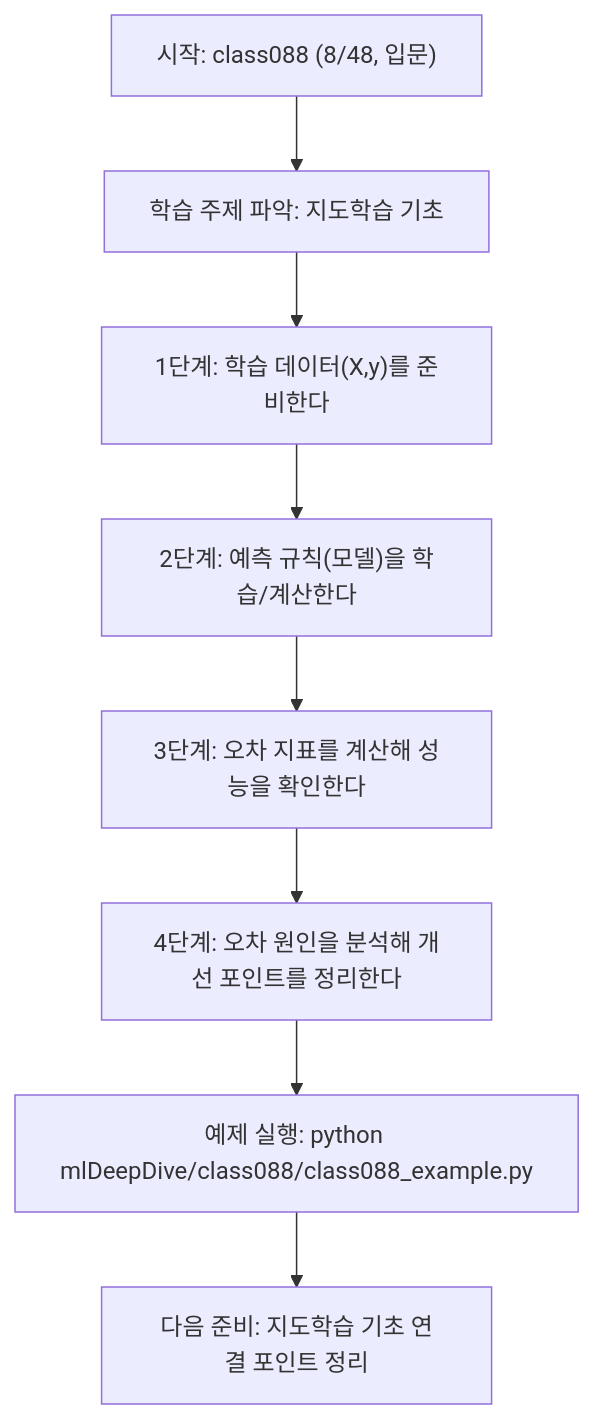
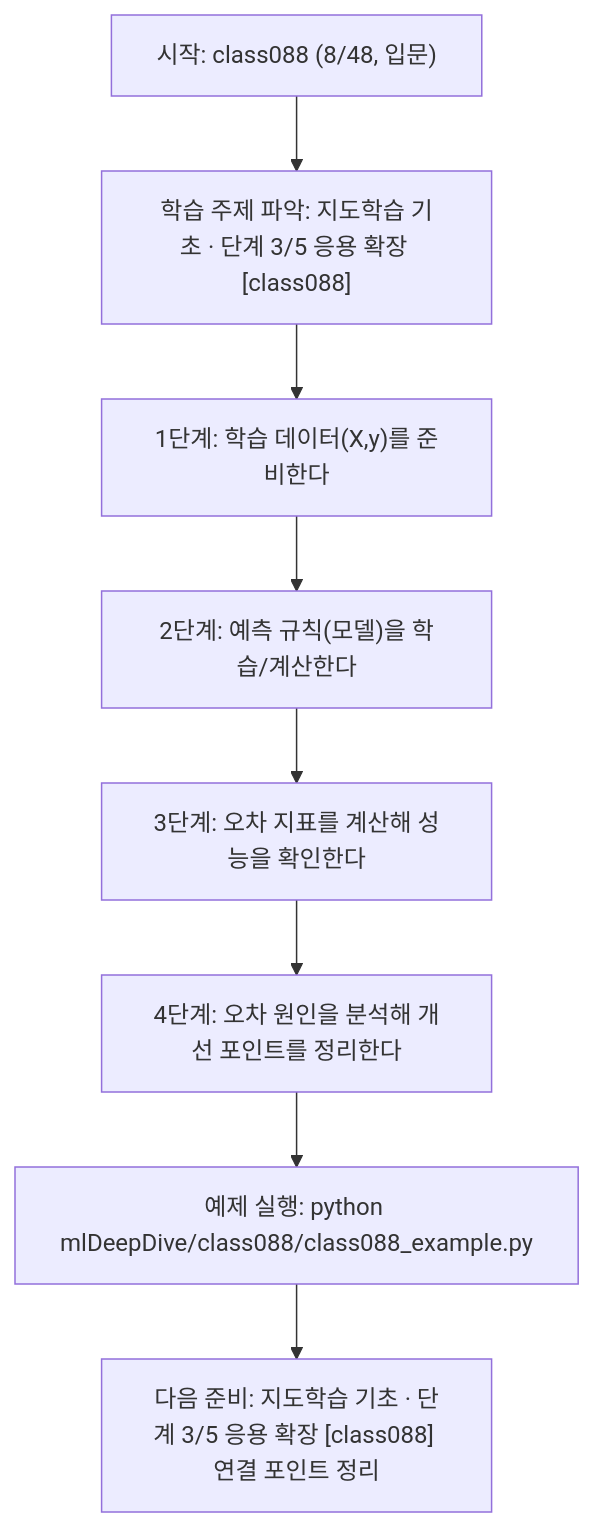
One commit to edumgt/Python-AI_Agent-Class changed the diagram in mlDeepDive/class088/class088.md. Above: the diagram before and after it, drawn with Mermaid. The commit also changed other lines of this file and 522 other files, not shown here.

````diff
--- a/mlDeepDive/class088/class088.md
+++ b/mlDeepDive/class088/class088.md
@@ -108,18 +109,18 @@
 ```mermaid
 flowchart TD
 N1["시작: class088 (8/48, 입문)"]
-N2["학습 주제 파악: 지도학습 기초"]
+N2["학습 주제 파악: 지도학습 기초 · 단계 3/5 응용 확장 [class088]"]
 N3["1단계: 학습 데이터(X,y)를 준비한다"]
 N4["2단계: 예측 규칙(모델)을 학습/계산한다"]
 N5["3단계: 오차 지표를 계산해 성능을 확인한다"]
 N6["4단계: 오차 원인을 분석해 개선 포인트를 정리한다"]
 N7["예제 실행: python mlDeepDive/class088/class088_example.py"]
-N8["다음 준비: 지도학습 기초 연결 포인트 정리"]
+N8["다음 준비: 지도학습 기초 · 단계 3/5 응용 확장 [class088] 연결 포인트 정리"]
 N1 --> N2
 N2 --> N3
 N3 --> N4
 N4 --> N5
 N5 --> N6
 N6 --> N7
 N7 --> N8
 ```
````
